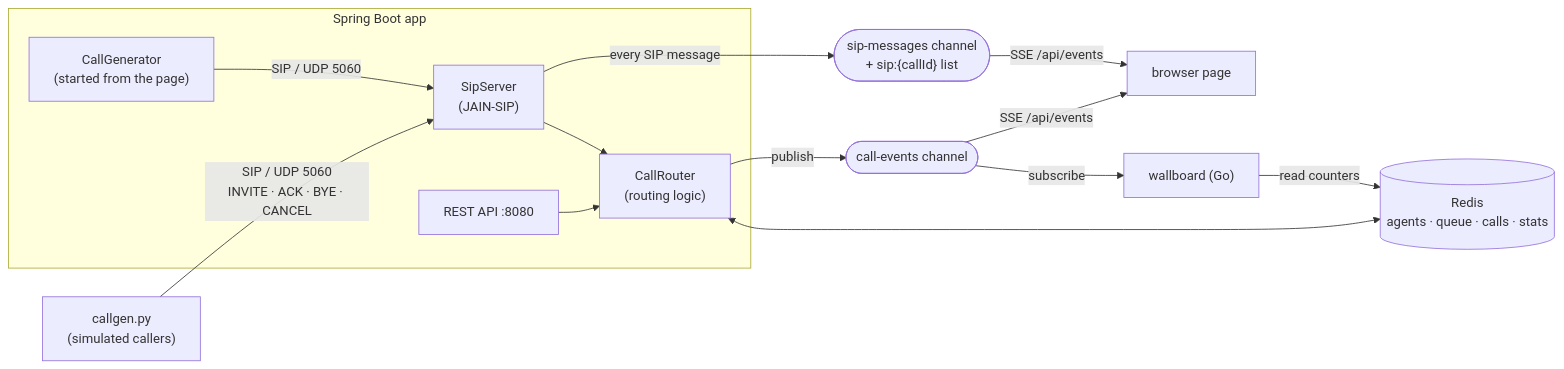
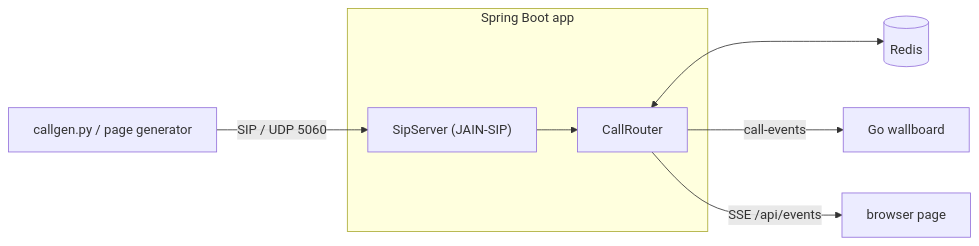
One commit to Atelci/sip-call-router changed the diagram in README.md. Above: the diagram before and after it, drawn with Mermaid. The commit also changed other lines of this file and 1 other file, not shown here.

First line of the commit message:
Shorten README to a 1-2 minute read

````diff
--- a/README.md
+++ b/README.md
@@ -12,16 +7,10 @@
 ```mermaid
 flowchart LR
-    G["callgen.py<br/>(simulated callers)"] -- "SIP / UDP 5060<br/>INVITE · ACK · BYE · CANCEL" --> S
+    G["callgen.py / page generator"] -- "SIP / UDP 5060" --> S
     subgraph App["Spring Boot app"]
-        S["SipServer<br/>(JAIN-SIP)"] --> R["CallRouter<br/>(routing logic)"]
-        API["REST API :8080"] --> R
-        SIM["CallGenerator<br/>(started from the page)"] -- "SIP / UDP 5060" --> S
+        S["SipServer (JAIN-SIP)"] --> R["CallRouter"]
     end
-    S -- "every SIP message" --> T(["sip-messages channel<br/>+ sip:{callId} list"])
-    T -- "SSE /api/events" --> B
-    R <--> Redis[("Redis<br/>agents · queue · calls · stats")]
-    R -- "publish" --> E(["call-events channel"])
-    E -- "subscribe" --> W["wallboard (Go)"]
-    E -- "SSE /api/events" --> B["browser page"]
-    W -- "read counters" --> Redis
+    R <--> Redis[("Redis")]
+    R -- "call-events" --> W["Go wallboard"]
+    R -- "SSE /api/events" --> B["browser page"]
 ```
````
